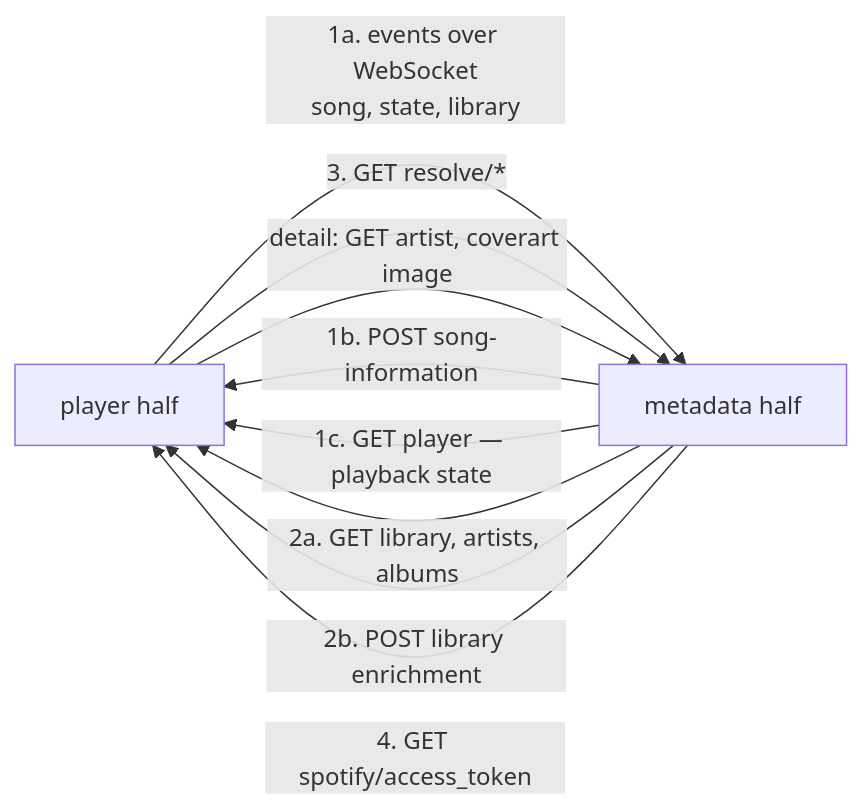
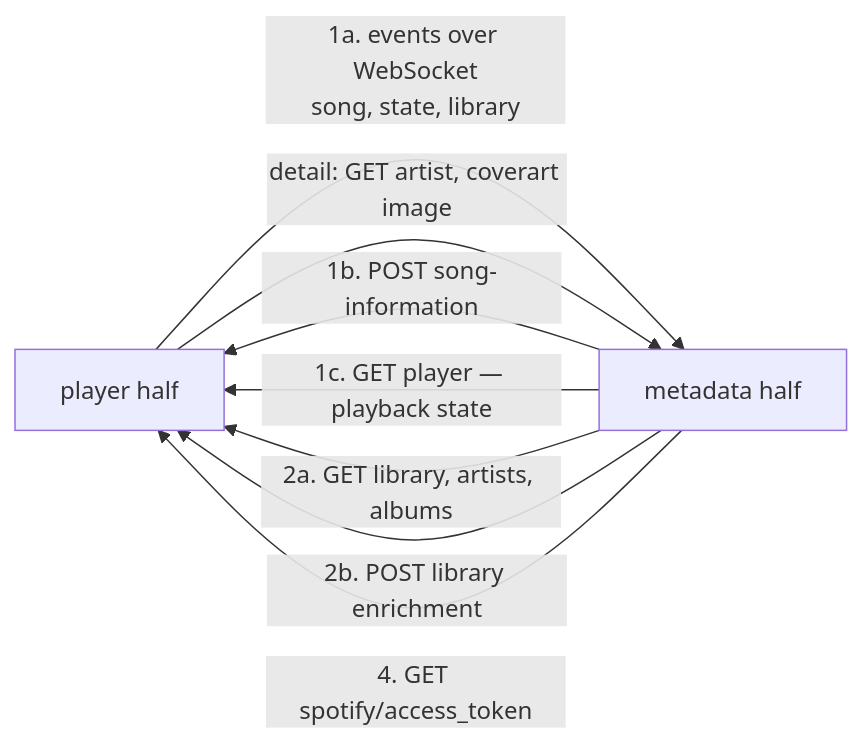
Before and after one commit to hifiberry/acr: the second of 8 diagrams in doc/communications.md, drawn with Mermaid. The commit also changed other lines of this file and 16 other files, not shown here.

````diff
--- a/doc/communications.md
+++ b/doc/communications.md
@@ -188,14 +188,13 @@
 ```mermaid
 graph LR
     P["player half"]
     M["metadata half"]
 
     P -->|"1a. events over WebSocket<br/>song, state, library"| M
     M -->|"1b. POST song-information"| P
     M -->|"1c. GET player — playback state"| P
     M -->|"2a. GET library, artists, albums"| P
     M -->|"2b. POST library enrichment"| P
-    P -->|"3. GET resolve/*"| M
     M -->|"4. GET spotify/access_token"| P
     P -->|"detail: GET artist, coverart image"| M
 ```
````
